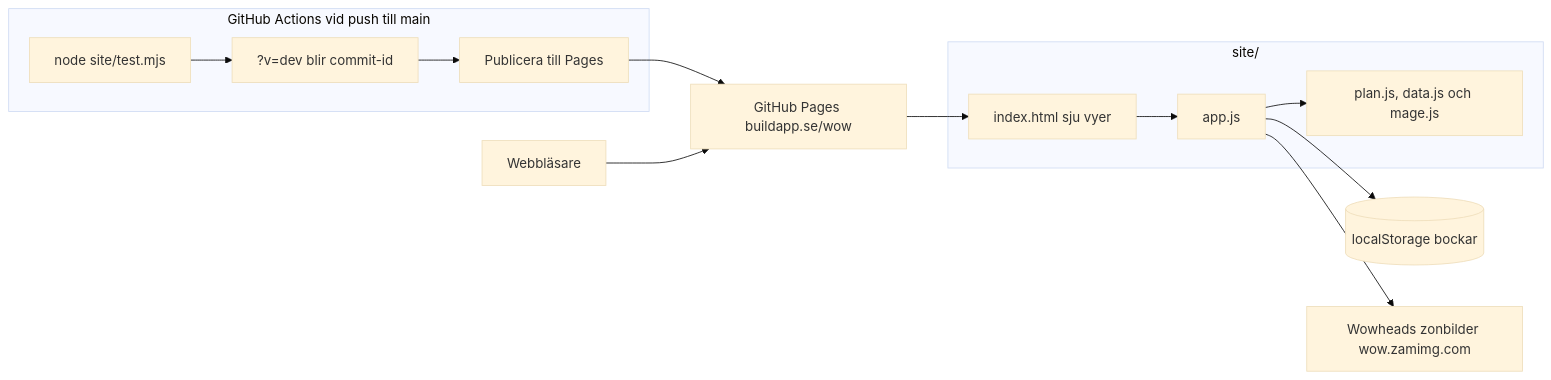
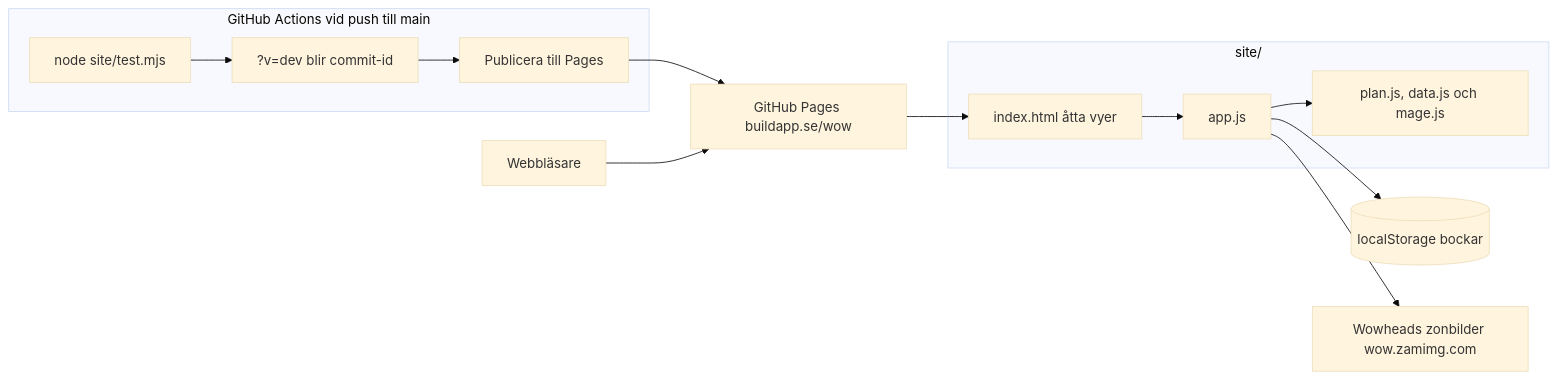
Before and after one commit to buildapp-se/wow: the diagram in CONTEXT.md, drawn with Mermaid (base theme). The commit also changed other lines of this file and 2 other files, not shown here.

````diff
--- a/CONTEXT.md
+++ b/CONTEXT.md
@@ -36,31 +36,31 @@
 ```mermaid
 graph LR
   USER[Webbläsare]
 
   subgraph GHA["GitHub Actions vid push till main"]
     TEST[node site/test.mjs]
     VER[?v=dev blir commit-id]
     DEPLOY[Publicera till Pages]
   end
 
   PAGES[GitHub Pages buildapp.se/wow]
 
   subgraph SITE["site/"]
-    HTML[index.html sju vyer]
+    HTML[index.html åtta vyer]
     APP[app.js]
     DATA[plan.js, data.js och mage.js]
   end
 
   LS[(localStorage bockar)]
   MAPS[Wowheads zonbilder wow.zamimg.com]
 
   TEST --> VER
   VER --> DEPLOY
   DEPLOY --> PAGES
   USER --> PAGES
   PAGES --> HTML
   HTML --> APP
   APP --> DATA
   APP --> LS
   APP --> MAPS
 ```
````
